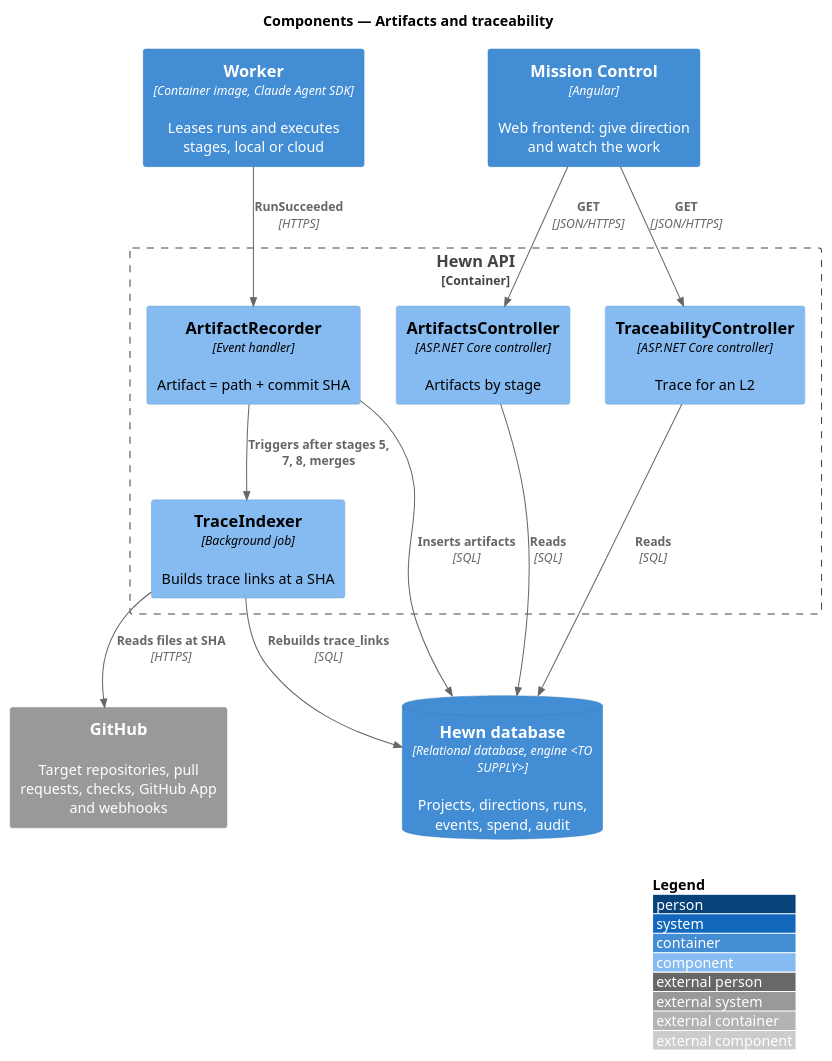
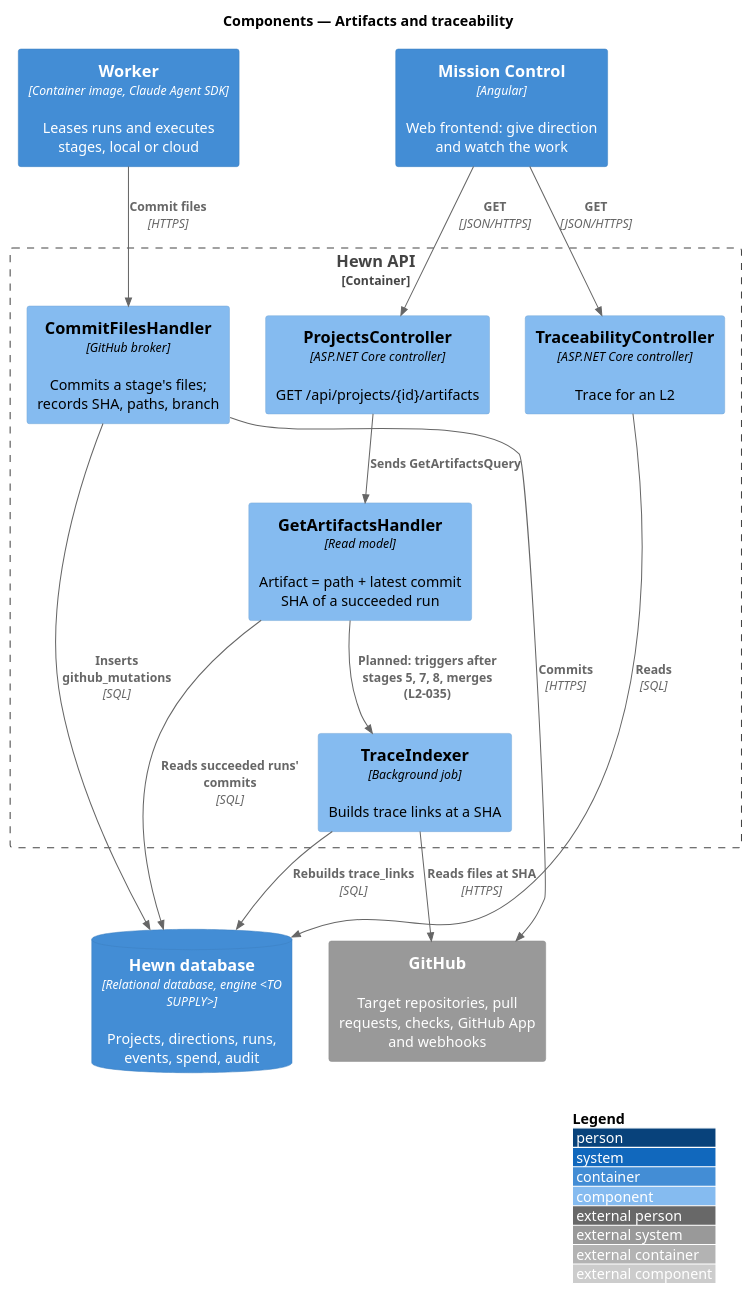
Before and after one commit to QuinntyneBrown/hewn: the diagram in docs/detailed-designs/mission-control/artifacts-and-traceability/diagrams/c4-component.puml, drawn with PlantUML. The commit also changed 44 other files, not shown here.

```diff
--- a/docs/detailed-designs/mission-control/artifacts-and-traceability/diagrams/c4-component.puml
+++ b/docs/detailed-designs/mission-control/artifacts-and-traceability/diagrams/c4-component.puml
@@ -1,26 +1,29 @@
 @startuml
 !include <C4/C4_Component>
 LAYOUT_WITH_LEGEND()
 title Components — Artifacts and traceability
 
 Container(worker, "Worker", "Container image, Claude Agent SDK", "Leases runs and executes stages, local or cloud")
 Container(spa, "Mission Control", "Angular", "Web frontend: give direction and watch the work")
 ContainerDb(db, "Hewn database", "Relational database, engine <TO SUPPLY>", "Projects, directions, runs, events, spend, audit")
 Container_Boundary(api_b, "Hewn API") {
-  Component(rec, "ArtifactRecorder", "Event handler", "Artifact = path + commit SHA")
+  Component(broker, "CommitFilesHandler", "GitHub broker", "Commits a stage's files; records SHA, paths, branch")
+  Component(rec, "GetArtifactsHandler", "Read model", "Artifact = path + latest commit SHA of a succeeded run")
   Component(idx, "TraceIndexer", "Background job", "Builds trace links at a SHA")
-  Component(actrl, "ArtifactsController", "ASP.NET Core controller", "Artifacts by stage")
+  Component(actrl, "ProjectsController", "ASP.NET Core controller", "GET /api/projects/{id}/artifacts")
   Component(tctrl, "TraceabilityController", "ASP.NET Core controller", "Trace for an L2")
 }
 System_Ext(github, "GitHub", "Target repositories, pull requests, checks, GitHub App and webhooks")
 
-Rel(worker, rec, "RunSucceeded", "HTTPS")
-Rel(rec, db, "Inserts artifacts", "SQL")
-Rel(rec, idx, "Triggers after stages 5, 7, 8, merges")
+Rel(worker, broker, "Commit files", "HTTPS")
+Rel(broker, github, "Commits", "HTTPS")
+Rel(broker, db, "Inserts github_mutations", "SQL")
+Rel(rec, db, "Reads succeeded runs' commits", "SQL")
+Rel(rec, idx, "Planned: triggers after stages 5, 7, 8, merges (L2-035)")
 Rel(idx, github, "Reads files at SHA", "HTTPS")
 Rel(idx, db, "Rebuilds trace_links", "SQL")
 Rel(spa, actrl, "GET", "JSON/HTTPS")
 Rel(spa, tctrl, "GET", "JSON/HTTPS")
-Rel(actrl, db, "Reads", "SQL")
+Rel(actrl, rec, "Sends GetArtifactsQuery")
 Rel(tctrl, db, "Reads", "SQL")
 @enduml
```
